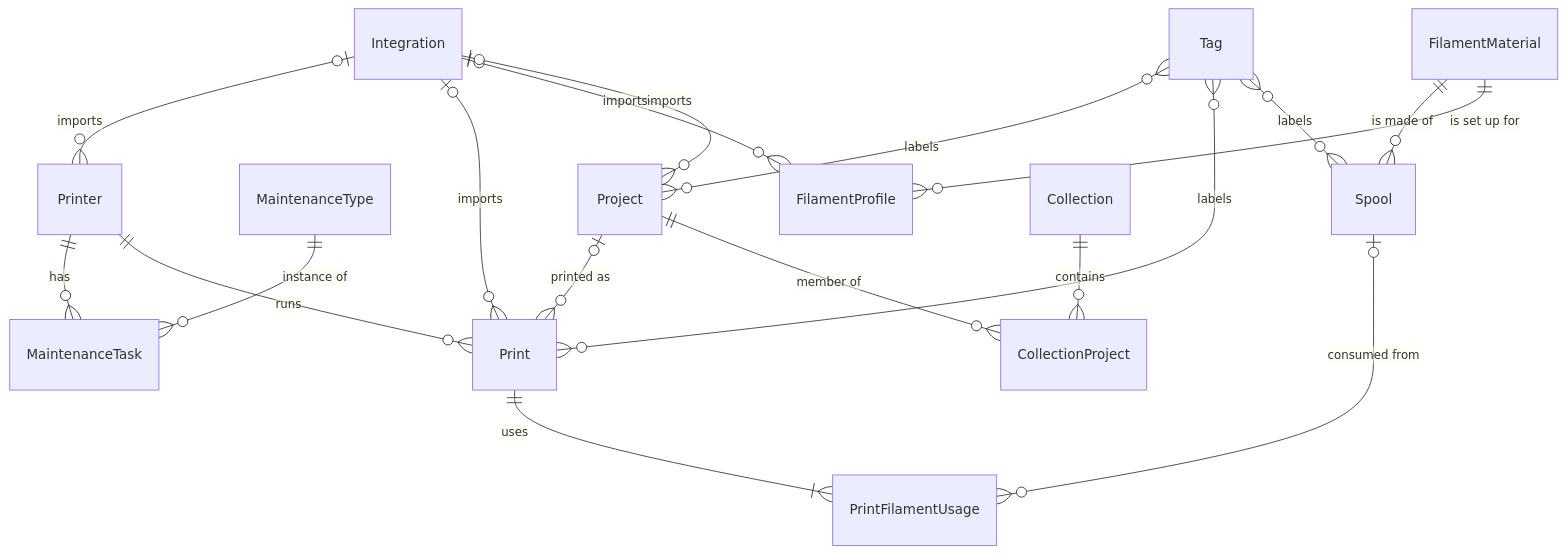
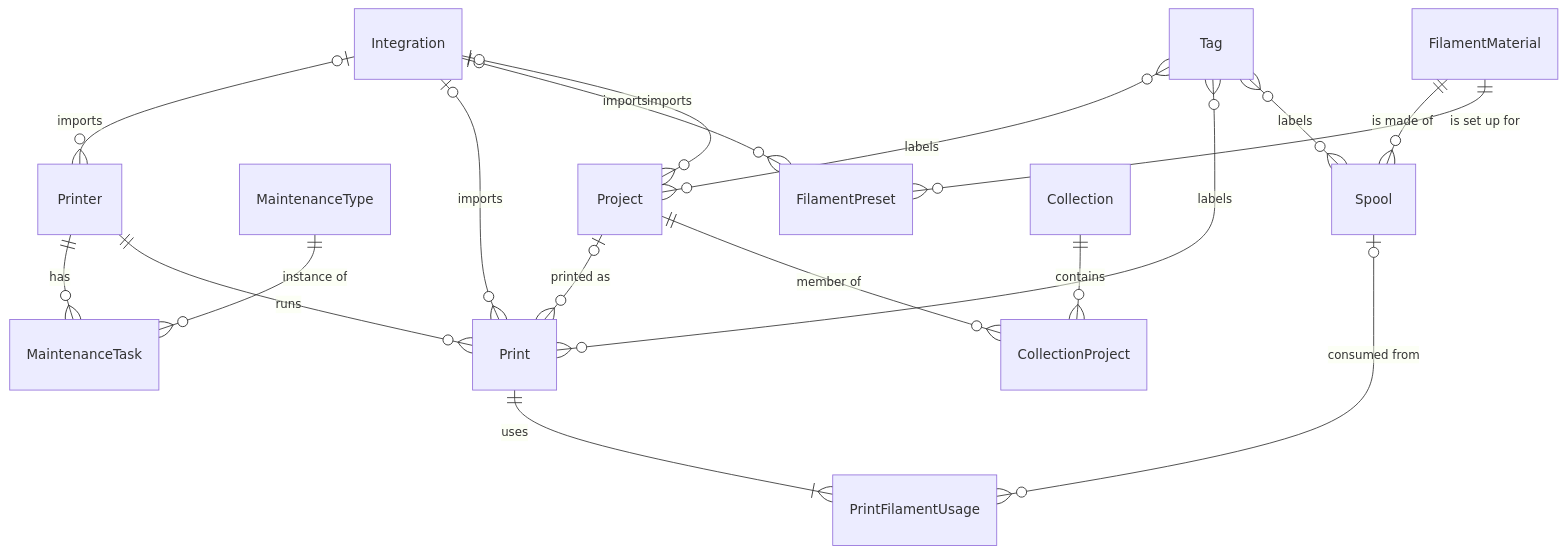
The second of 3 diagrams in docs/architecture.md (emanuelmoniz/3d-maker-suite), drawn with Mermaid before and after one commit. The commit also changed other lines of this file and 172 other files, not shown here.

````diff
--- a/docs/architecture.md
+++ b/docs/architecture.md
@@ -86,20 +86,20 @@
 ```mermaid
 erDiagram
   Printer ||--o{ MaintenanceTask : "has"
   MaintenanceType ||--o{ MaintenanceTask : "instance of"
   Printer ||--o{ Print : "runs"
   Project |o--o{ Print : "printed as"
   Print ||--|{ PrintFilamentUsage : "uses"
   Spool |o--o{ PrintFilamentUsage : "consumed from"
   FilamentMaterial ||--o{ Spool : "is made of"
-  FilamentMaterial ||--o{ FilamentProfile : "is set up for"
+  FilamentMaterial ||--o{ FilamentPreset : "is set up for"
   Collection ||--o{ CollectionProject : "contains"
   Project ||--o{ CollectionProject : "member of"
   Tag }o--o{ Project : "labels"
   Tag }o--o{ Print : "labels"
   Tag }o--o{ Spool : "labels"
   Integration |o--o{ Printer : "imports"
   Integration |o--o{ Print : "imports"
-  Integration |o--o{ FilamentProfile : "imports"
+  Integration |o--o{ FilamentPreset : "imports"
   Integration |o--o{ Project : "imports"
 ```
````
